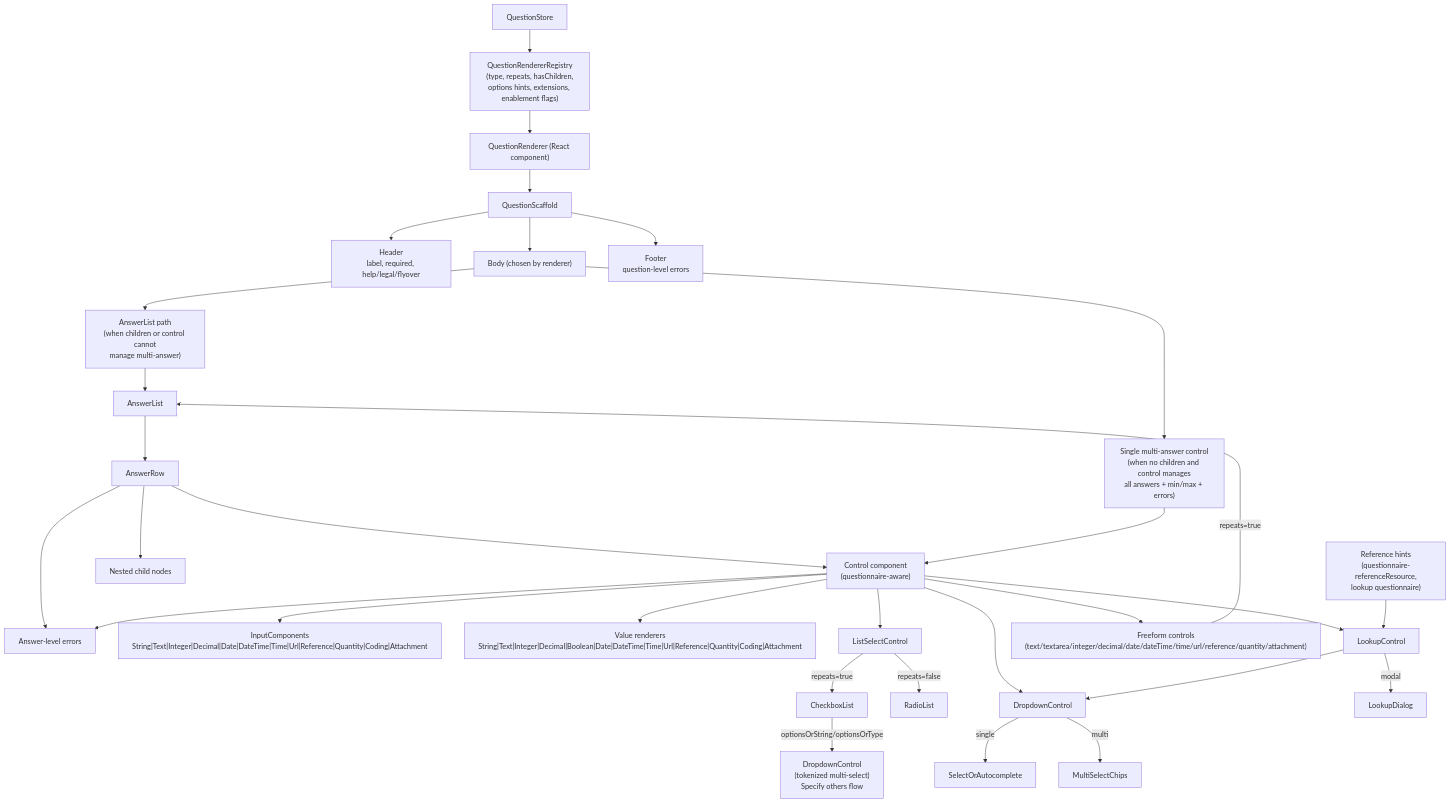
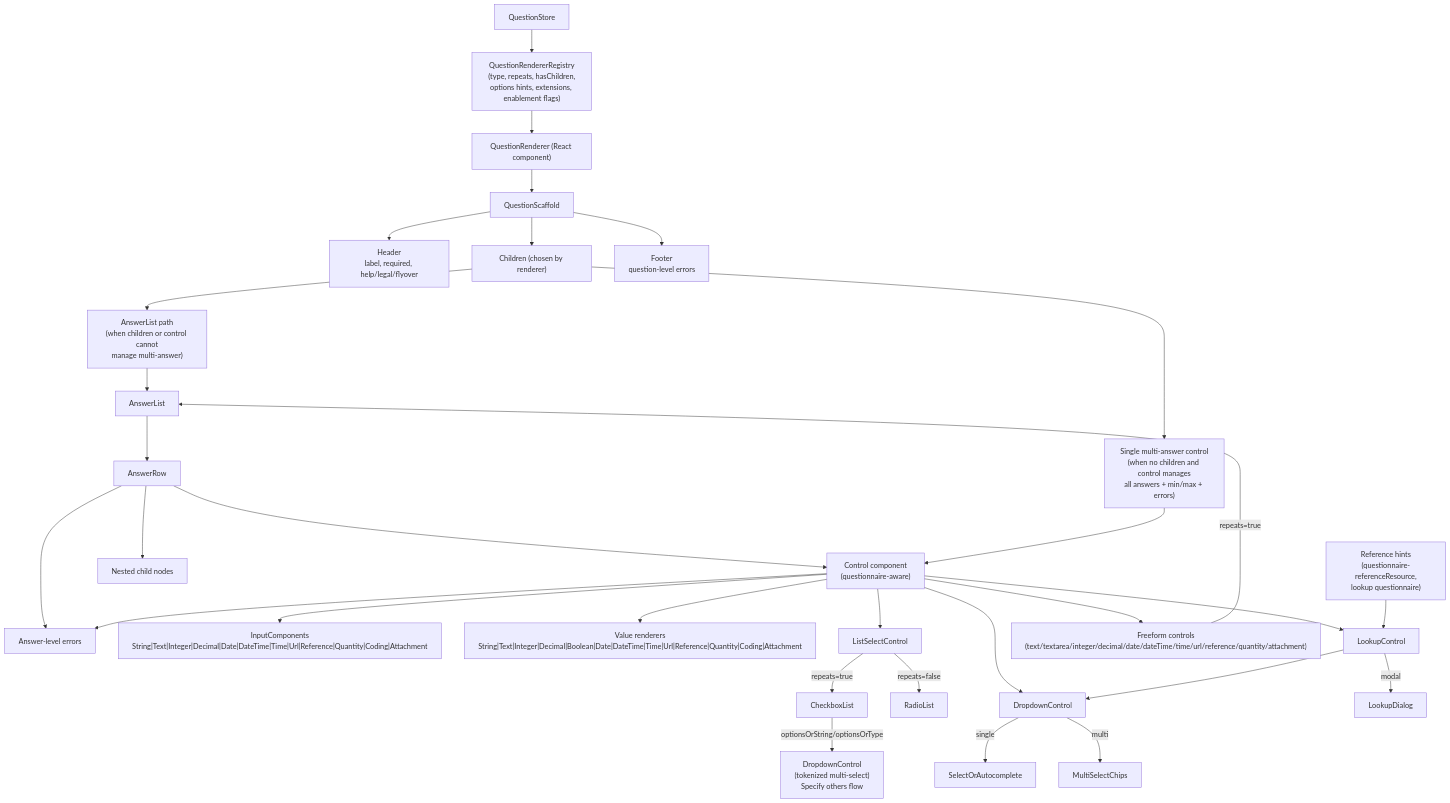
One commit to HealthSamurai/aidbox-forms-renderer changed the fifth of 5 diagrams in README.md. Above: the diagram before and after it, drawn with Mermaid. The commit also changed other lines of this file and 61 other files, not shown here.

````diff
--- a/README.md
+++ b/README.md
@@ -297,43 +299,43 @@
 ```mermaid
 flowchart TD
   QuestionStore --> QuestionRendererRegistry["QuestionRendererRegistry\n(type, repeats, hasChildren,\noptions hints, extensions, enablement flags)"]
   QuestionRendererRegistry --> QuestionRenderer["QuestionRenderer (React component)"]
 
   QuestionRenderer --> QuestionScaffold
   QuestionScaffold --> Header["Header\nlabel, required, help/legal/flyover"]
-  QuestionScaffold --> Body["Body (chosen by renderer)"]
+  QuestionScaffold --> Children["Children (chosen by renderer)"]
   QuestionScaffold --> Footer["Footer\nquestion-level errors"]
 
-  Body --> AnswerListPath["AnswerList path\n(when children or control cannot\nmanage multi-answer)"]
-  Body --> SingleControlPath["Single multi-answer control\n(when no children and control manages\nall answers + min/max + errors)"]
+  Children --> AnswerListPath["AnswerList path\n(when children or control cannot\nmanage multi-answer)"]
+  Children --> SingleControlPath["Single multi-answer control\n(when no children and control manages\nall answers + min/max + errors)"]
 
   AnswerListPath --> AnswerList
   AnswerList --> AnswerRow
   AnswerRow --> ControlComponent["Control component\n(questionnaire-aware)"]
   AnswerRow --> ChildNodes["Nested child nodes"]
   AnswerRow --> AnswerErrors["Answer-level errors"]
 
   SingleControlPath --> ControlComponent
   ControlComponent --> AnswerErrors
 
   ControlComponent --> InputComponents["InputComponents\nString|Text|Integer|Decimal|Date|DateTime|Time|Url|Reference|Quantity|Coding|Attachment"]
   ControlComponent --> ValueRenderers["Value renderers\nString|Text|Integer|Decimal|Boolean|Date|DateTime|Time|Url|Reference|Quantity|Coding|Attachment"]
 
   ControlComponent --> ListSelectControl
   ControlComponent --> DropdownControl
   ControlComponent --> LookupControl
   ControlComponent --> FreeformControls["Freeform controls\n(text/textarea/integer/decimal/date/dateTime/time/url/reference/quantity/attachment)"]
 
   ListSelectControl -->|repeats=false| RadioList
   ListSelectControl -->|repeats=true| CheckboxList
   CheckboxList -->|optionsOrString/optionsOrType| DropdownControlTokenized["DropdownControl\n(tokenized multi-select)\nSpecify others flow"]
 
   DropdownControl -->|single| SelectOrAutocomplete
   DropdownControl -->|multi| MultiSelectChips
   LookupControl --> DropdownControl
   LookupControl -->|modal| LookupDialog
 
   ReferenceHints["Reference hints\n(questionnaire-referenceResource,\nlookup questionnaire)"] --> LookupControl
 
   FreeformControls -->|repeats=true| AnswerList
 ```
````
